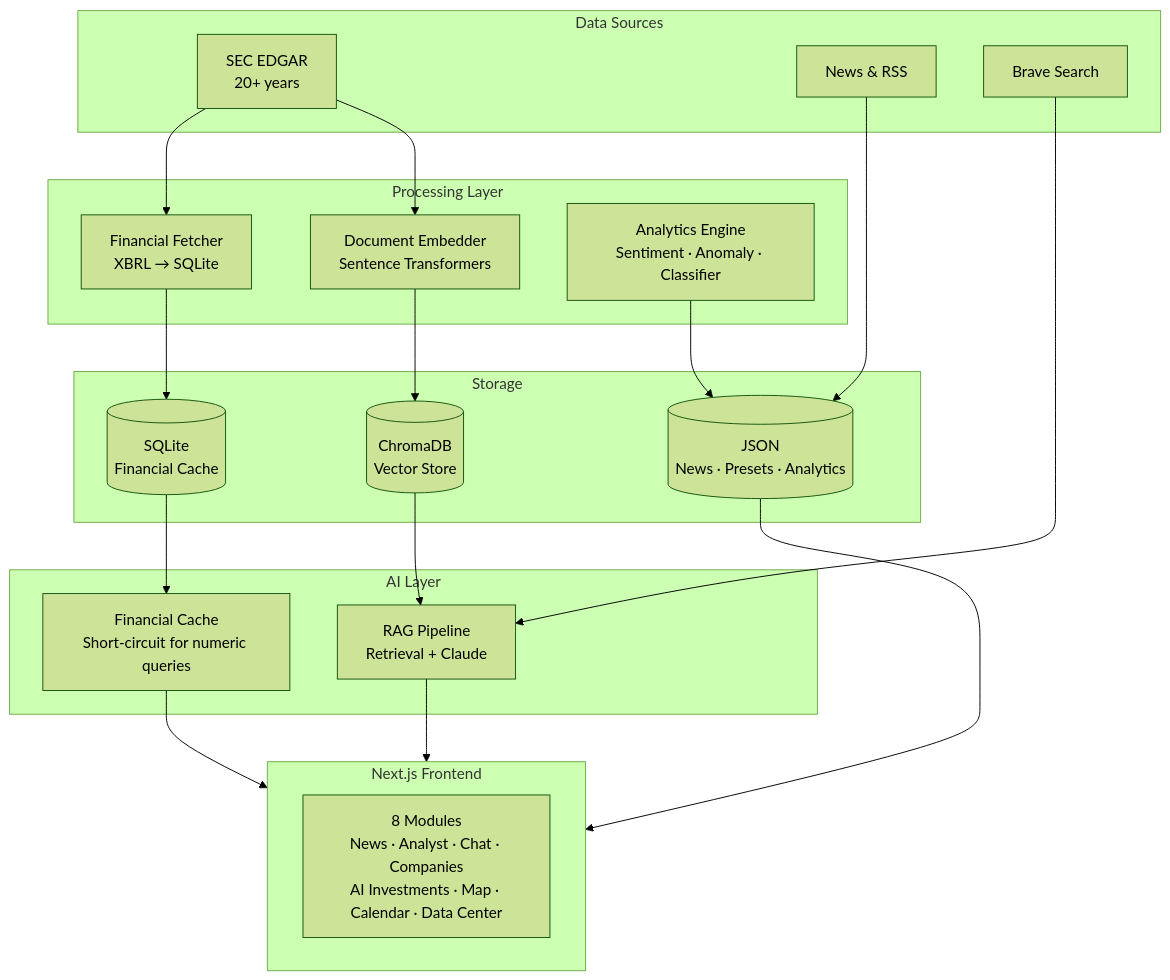
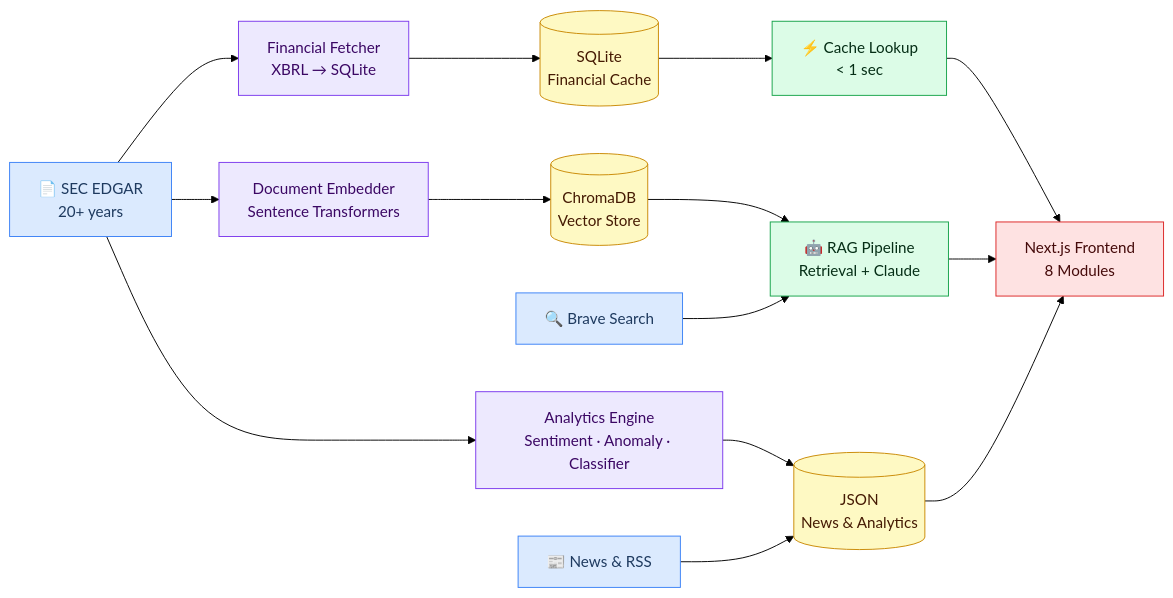
The diagram in README.md (xcai2/EMS-Intelligence-Platform), drawn with Mermaid (forest theme) before and after one commit.

Commit message:
Simplify architecture diagram to clean LR flowchart with color coding

````diff
--- a/README.md
+++ b/README.md
@@ -59,37 +59,37 @@
 ```mermaid
-flowchart TB
-    subgraph Sources[Data Sources]
-        SEC[SEC EDGAR\n20+ years]
-        News[News & RSS]
-        Brave[Brave Search]
-    end
+flowchart LR
+    SEC["📄 SEC EDGAR\n20+ years"]
+    NEWS["📰 News & RSS"]
+    BRAVE["🔍 Brave Search"]
 
-    subgraph Processing[Processing Layer]
-        Fetcher[Financial Fetcher\nXBRL → SQLite]
-        Embedder[Document Embedder\nSentence Transformers]
-        Analytics[Analytics Engine\nSentiment · Anomaly · Classifier]
-    end
+    FETCH["Financial Fetcher\nXBRL → SQLite"]
+    EMBED["Document Embedder\nSentence Transformers"]
+    ANAL["Analytics Engine\nSentiment · Anomaly · Classifier"]
 
-    subgraph Storage[Storage]
-        SQLite[(SQLite\nFinancial Cache)]
-        ChromaDB[(ChromaDB\nVector Store)]
-        JSON[(JSON\nNews · Presets · Analytics)]
-    end
+    SQL[("SQLite\nFinancial Cache")]
+    CHROMA[("ChromaDB\nVector Store")]
+    JCACHE[("JSON\nNews & Analytics")]
 
-    subgraph AI[AI Layer]
-        RAG[RAG Pipeline\nRetrieval + Claude]
-        Cache[Financial Cache\nShort-circuit for numeric queries]
-    end
+    SCACHE["⚡ Cache Lookup\n&lt; 1 sec"]
+    RAG["🤖 RAG Pipeline\nRetrieval + Claude"]
 
-    subgraph Frontend[Next.js Frontend]
-        Modules[8 Modules\nNews · Analyst · Chat · Companies\nAI Investments · Map · Calendar · Data Center]
-    end
+    UI["Next.js Frontend\n8 Modules"]
 
-    SEC --> Fetcher --> SQLite
-    SEC --> Embedder --> ChromaDB
-    News --> JSON
-    SQLite --> Cache --> Frontend
-    ChromaDB --> RAG --> Frontend
-    Brave --> RAG
-    Analytics --> JSON --> Frontend
+    SEC --> FETCH --> SQL --> SCACHE --> UI
+    SEC --> EMBED --> CHROMA --> RAG --> UI
+    SEC --> ANAL --> JCACHE --> UI
+    NEWS --> JCACHE
+    BRAVE --> RAG
+
+    classDef source fill:#dbeafe,stroke:#3b82f6,color:#1e3a5f
+    classDef process fill:#ede9fe,stroke:#7c3aed,color:#3b0764
+    classDef storage fill:#fef9c3,stroke:#ca8a04,color:#451a03
+    classDef ai fill:#dcfce7,stroke:#16a34a,color:#052e16
+    classDef frontend fill:#fee2e2,stroke:#dc2626,color:#450a0a
+
+    class SEC,NEWS,BRAVE source
+    class FETCH,EMBED,ANAL process
+    class SQL,CHROMA,JCACHE storage
+    class SCACHE,RAG ai
+    class UI frontend
 ```
````
